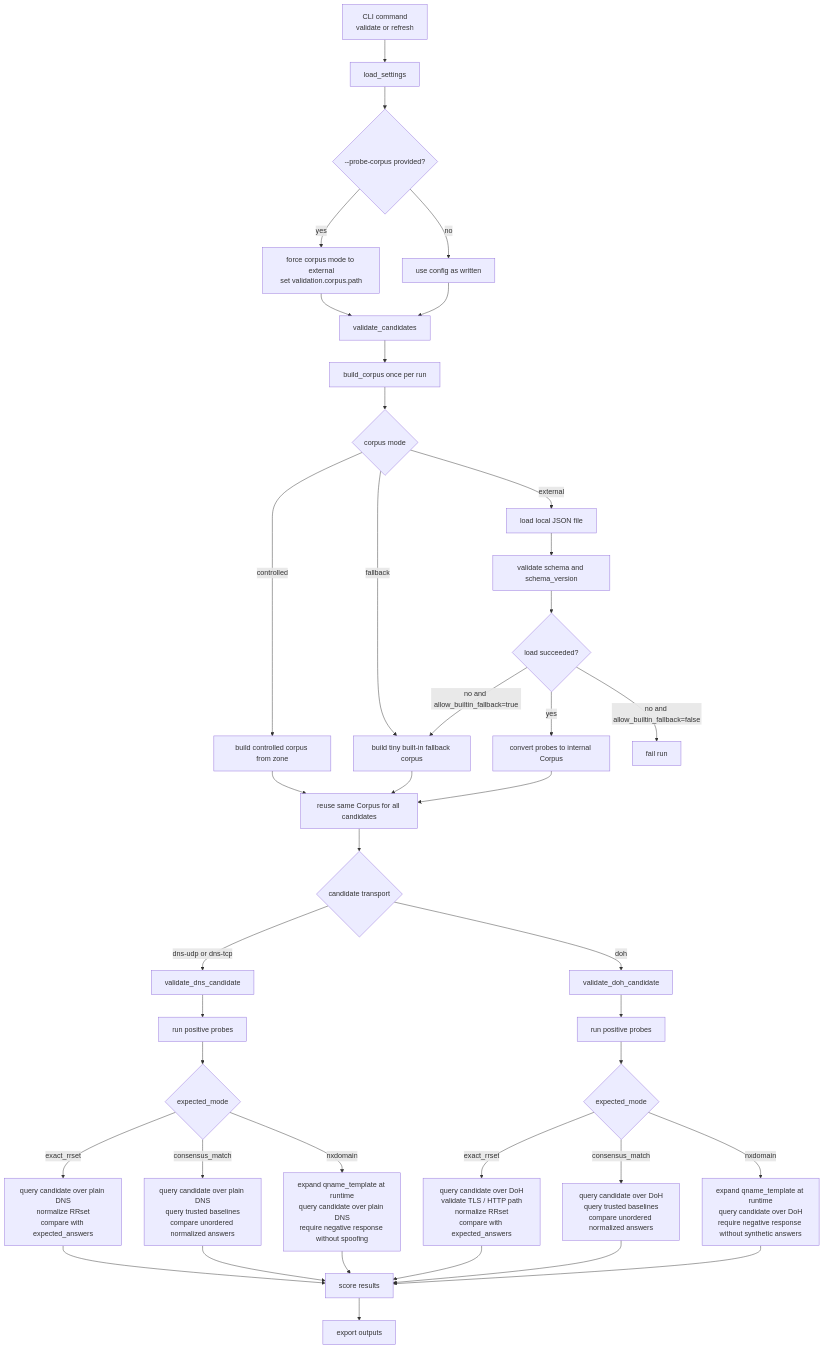
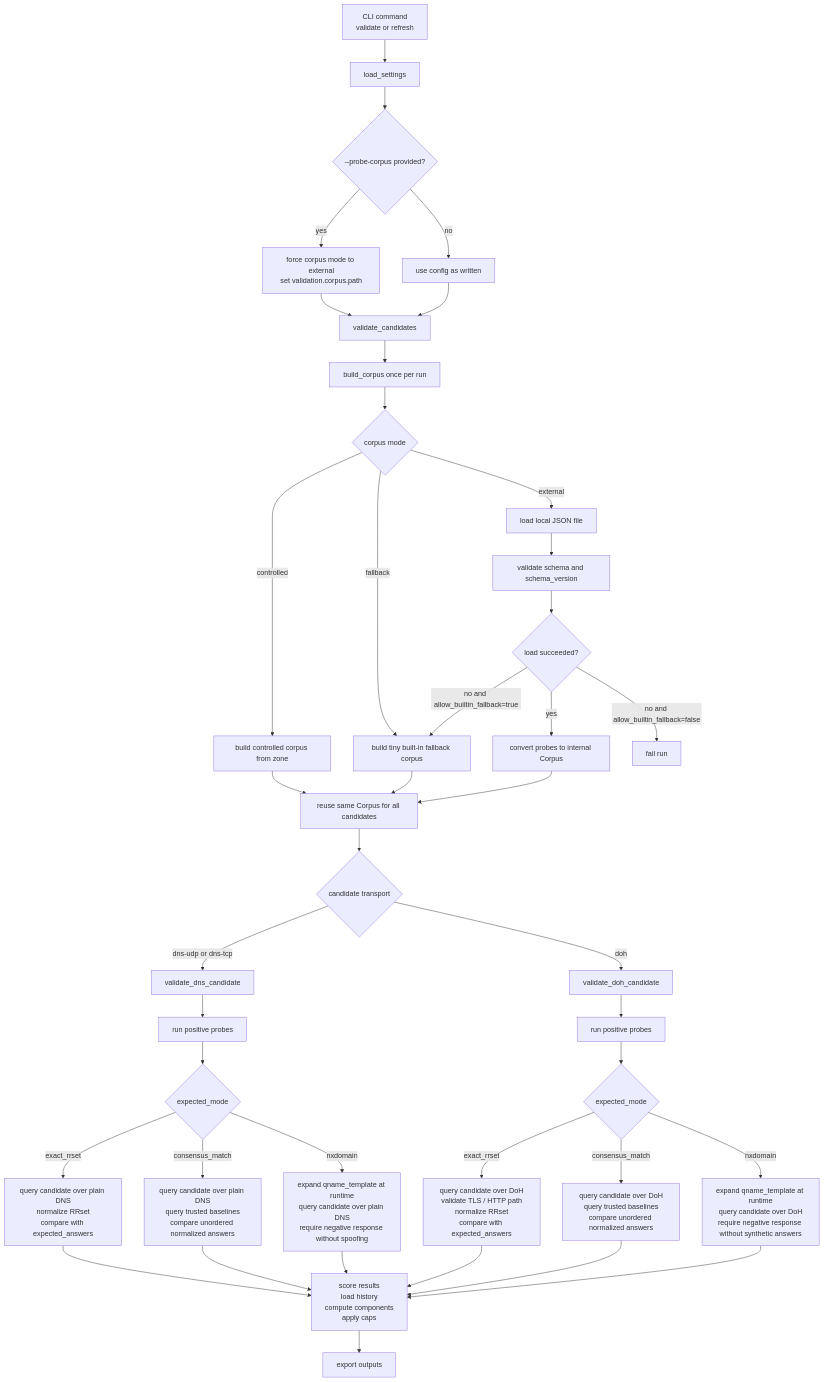
Before and after one commit to disposable/public-dns-crawler: the diagram in README.md, drawn with Mermaid. The commit also changed other lines of this file, not shown here.

````diff
--- a/README.md
+++ b/README.md
@@ -205,45 +205,45 @@
 ```mermaid
 flowchart TD
     A[CLI command<br/>validate or refresh] --> B[load_settings]
     B --> C{--probe-corpus provided?}
     C -->|yes| D[force corpus mode to external<br/>set validation.corpus.path]
     C -->|no| E[use config as written]
     D --> F[validate_candidates]
     E --> F
     F --> G[build_corpus once per run]
     G --> H{corpus mode}
     H -->|controlled| I[build controlled corpus from zone]
     H -->|external| J[load local JSON file]
     H -->|fallback| K[build tiny built-in fallback corpus]
     J --> L[validate schema and schema_version]
     L --> M{load succeeded?}
     M -->|yes| N[convert probes to internal Corpus]
     M -->|no and allow_builtin_fallback=true| K
     M -->|no and allow_builtin_fallback=false| O[fail run]
     I --> P[reuse same Corpus for all candidates]
     K --> P
     N --> P
     P --> Q{candidate transport}
     Q -->|dns-udp or dns-tcp| R[validate_dns_candidate]
     Q -->|doh| S[validate_doh_candidate]
 
     R --> R1[run positive probes]
     R1 --> R2{expected_mode}
     R2 -->|exact_rrset| R3[query candidate over plain DNS<br/>normalize RRset<br/>compare with expected_answers]
     R2 -->|consensus_match| R4[query candidate over plain DNS<br/>query trusted baselines<br/>compare unordered normalized answers]
     R2 -->|nxdomain| R5[expand qname_template at runtime<br/>query candidate over plain DNS<br/>require negative response without spoofing]
-    R3 --> T[score results]
+    R3 --> T[score results<br/>load history<br/>compute components<br/>apply caps]
     R4 --> T
     R5 --> T
 
     S --> S1[run positive probes]
     S1 --> S2{expected_mode}
     S2 -->|exact_rrset| S3[query candidate over DoH<br/>validate TLS / HTTP path<br/>normalize RRset<br/>compare with expected_answers]
     S2 -->|consensus_match| S4[query candidate over DoH<br/>query trusted baselines<br/>compare unordered normalized answers]
     S2 -->|nxdomain| S5[expand qname_template at runtime<br/>query candidate over DoH<br/>require negative response without synthetic answers]
     S3 --> T
     S4 --> T
     S5 --> T
 
     T --> U[export outputs]
 ```
````
